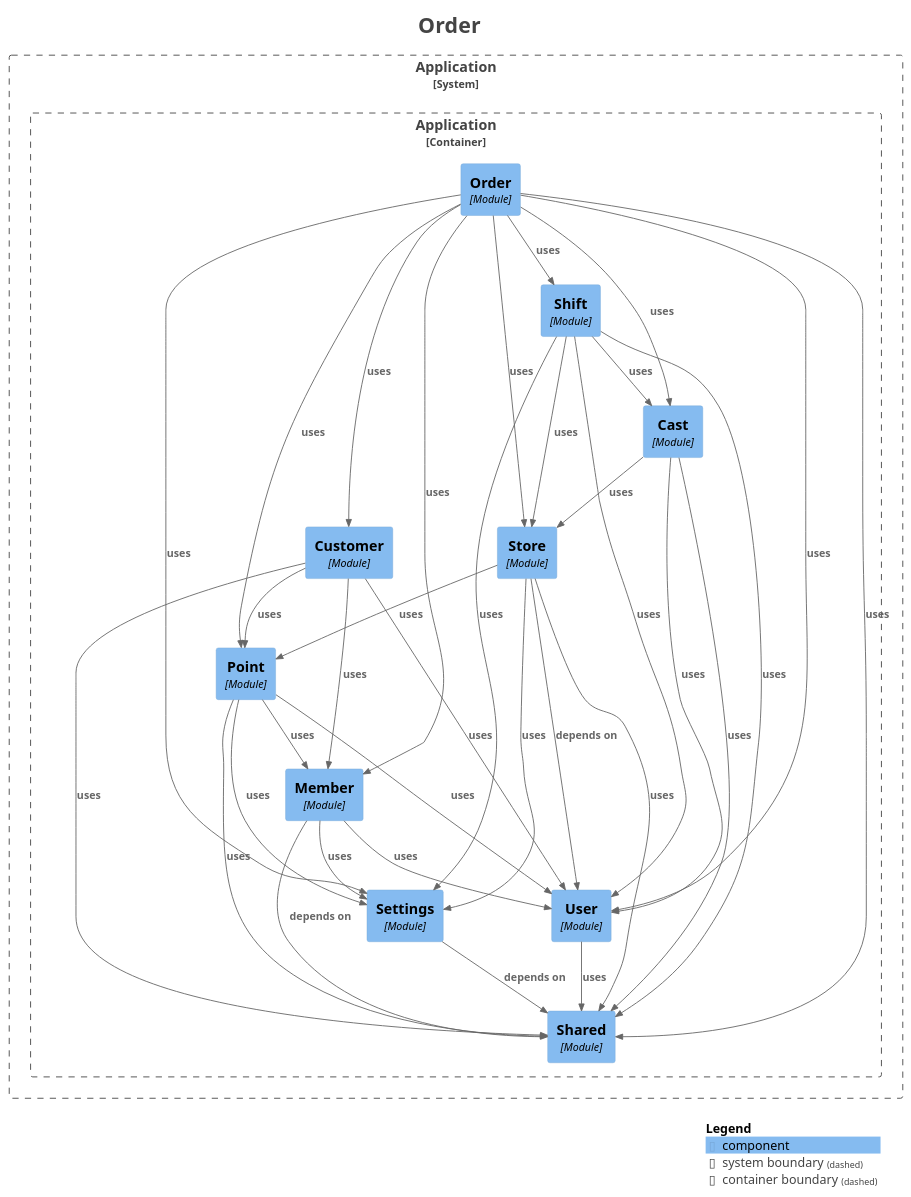
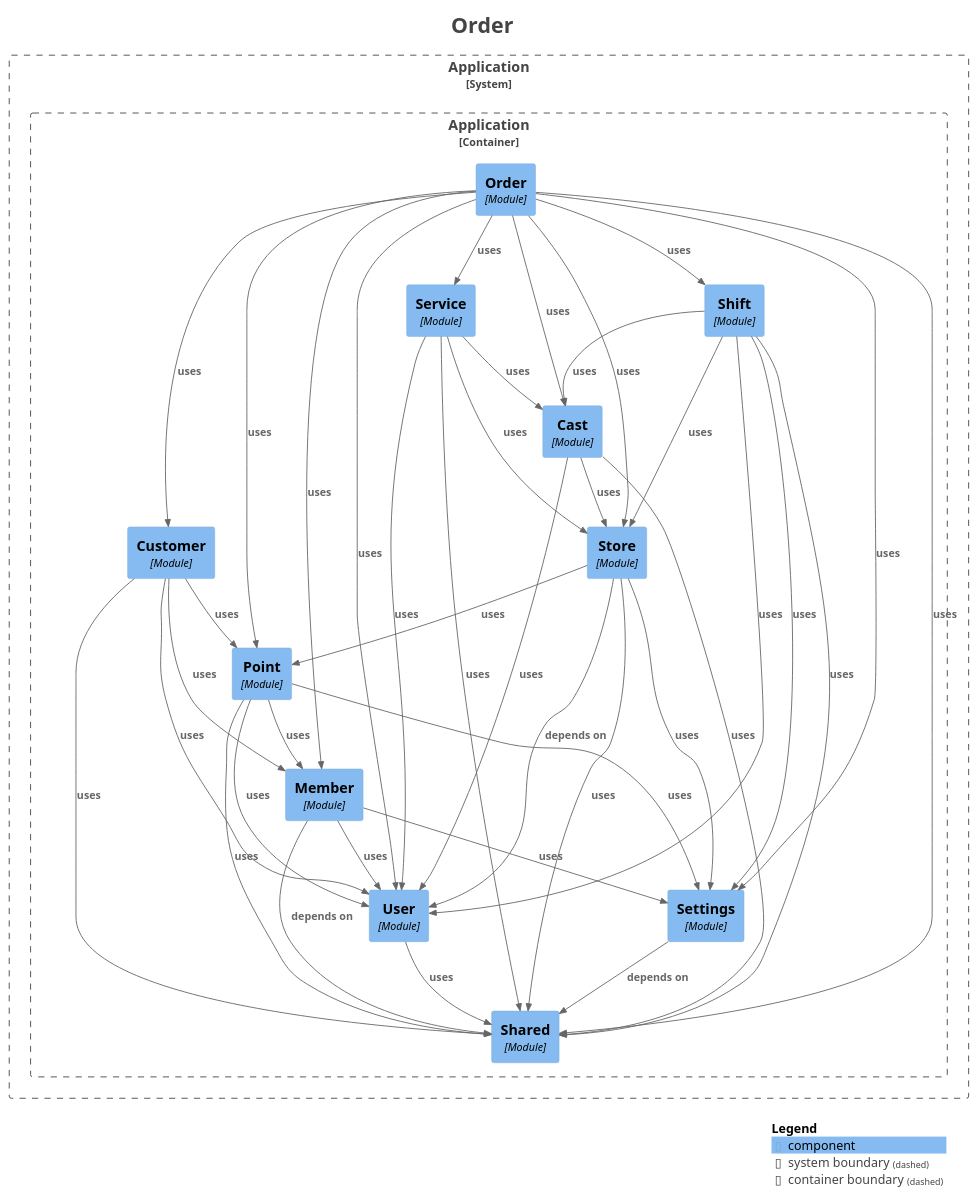
One commit to kanghouchao/Kizuna changed the diagram in backend/docs/modulith/module-order.puml. Above: the diagram before and after it, drawn with PlantUML. The commit also changed 106 other files, not shown here.

```diff
--- a/backend/docs/modulith/module-order.puml
+++ b/backend/docs/modulith/module-order.puml
@@ -1,71 +1,77 @@
 @startuml
 title <size:24>Order</size>
 
 set separator none
 top to bottom direction
 
 <style>
   root {
     BackgroundColor: #ffffff
     FontColor: #444444
   }
 </style>
 
 !include <C4/C4>
 !include <C4/C4_Context>
 !include <C4/C4_Component>
 
 System_Boundary("Application_boundary", "Application", $tags="") {
   Container_Boundary("Application.Application_boundary", "Application", $tags="") {
     Component(Application.Application.Point, "Point", $techn="Module", $descr="", $tags="", $link="")
     Component(Application.Application.Customer, "Customer", $techn="Module", $descr="", $tags="", $link="")
     Component(Application.Application.Store, "Store", $techn="Module", $descr="", $tags="", $link="")
     Component(Application.Application.Cast, "Cast", $techn="Module", $descr="", $tags="", $link="")
+    Component(Application.Application.Service, "Service", $techn="Module", $descr="", $tags="", $link="")
     Component(Application.Application.Shift, "Shift", $techn="Module", $descr="", $tags="", $link="")
     Component(Application.Application.Order, "Order", $techn="Module", $descr="", $tags="", $link="")
     Component(Application.Application.Shared, "Shared", $techn="Module", $descr="", $tags="", $link="")
     Component(Application.Application.Settings, "Settings", $techn="Module", $descr="", $tags="", $link="")
     Component(Application.Application.User, "User", $techn="Module", $descr="", $tags="", $link="")
     Component(Application.Application.Member, "Member", $techn="Module", $descr="", $tags="", $link="")
   }
 
 }
 
 Rel(Application.Application.Customer, Application.Application.Member, "uses", $techn="", $tags="", $link="")
 Rel(Application.Application.Customer, Application.Application.User, "uses", $techn="", $tags="", $link="")
 Rel(Application.Application.Customer, Application.Application.Shared, "uses", $techn="", $tags="", $link="")
 Rel(Application.Application.Customer, Application.Application.Point, "uses", $techn="", $tags="", $link="")
 Rel(Application.Application.Cast, Application.Application.User, "uses", $techn="", $tags="", $link="")
 Rel(Application.Application.Cast, Application.Application.Store, "uses", $techn="", $tags="", $link="")
 Rel(Application.Application.Cast, Application.Application.Shared, "uses", $techn="", $tags="", $link="")
 Rel(Application.Application.Order, Application.Application.Shared, "uses", $techn="", $tags="", $link="")
 Rel(Application.Application.Order, Application.Application.Point, "uses", $techn="", $tags="", $link="")
 Rel(Application.Application.Order, Application.Application.Member, "uses", $techn="", $tags="", $link="")
 Rel(Application.Application.Order, Application.Application.User, "uses", $techn="", $tags="", $link="")
 Rel(Application.Application.Order, Application.Application.Settings, "uses", $techn="", $tags="", $link="")
 Rel(Application.Application.Order, Application.Application.Cast, "uses", $techn="", $tags="", $link="")
 Rel(Application.Application.Order, Application.Application.Store, "uses", $techn="", $tags="", $link="")
 Rel(Application.Application.Order, Application.Application.Shift, "uses", $techn="", $tags="", $link="")
 Rel(Application.Application.Order, Application.Application.Customer, "uses", $techn="", $tags="", $link="")
 Rel(Application.Application.Shift, Application.Application.Settings, "uses", $techn="", $tags="", $link="")
 Rel(Application.Application.Shift, Application.Application.Cast, "uses", $techn="", $tags="", $link="")
 Rel(Application.Application.Shift, Application.Application.User, "uses", $techn="", $tags="", $link="")
 Rel(Application.Application.Shift, Application.Application.Store, "uses", $techn="", $tags="", $link="")
 Rel(Application.Application.Shift, Application.Application.Shared, "uses", $techn="", $tags="", $link="")
 Rel(Application.Application.Point, Application.Application.Shared, "uses", $techn="", $tags="", $link="")
 Rel(Application.Application.Point, Application.Application.User, "uses", $techn="", $tags="", $link="")
 Rel(Application.Application.Point, Application.Application.Member, "uses", $techn="", $tags="", $link="")
 Rel(Application.Application.Point, Application.Application.Settings, "uses", $techn="", $tags="", $link="")
 Rel(Application.Application.Store, Application.Application.User, "depends on", $techn="", $tags="", $link="")
 Rel(Application.Application.Store, Application.Application.Point, "uses", $techn="", $tags="", $link="")
 Rel(Application.Application.Store, Application.Application.Settings, "uses", $techn="", $tags="", $link="")
 Rel(Application.Application.Store, Application.Application.Shared, "uses", $techn="", $tags="", $link="")
 Rel(Application.Application.Settings, Application.Application.Shared, "depends on", $techn="", $tags="", $link="")
 Rel(Application.Application.User, Application.Application.Shared, "uses", $techn="", $tags="", $link="")
 Rel(Application.Application.Member, Application.Application.Shared, "depends on", $techn="", $tags="", $link="")
 Rel(Application.Application.Member, Application.Application.Settings, "uses", $techn="", $tags="", $link="")
 Rel(Application.Application.Member, Application.Application.User, "uses", $techn="", $tags="", $link="")
+Rel(Application.Application.Order, Application.Application.Service, "uses", $techn="", $tags="", $link="")
+Rel(Application.Application.Service, Application.Application.Shared, "uses", $techn="", $tags="", $link="")
+Rel(Application.Application.Service, Application.Application.Cast, "uses", $techn="", $tags="", $link="")
+Rel(Application.Application.Service, Application.Application.User, "uses", $techn="", $tags="", $link="")
+Rel(Application.Application.Service, Application.Application.Store, "uses", $techn="", $tags="", $link="")
 
 SHOW_LEGEND(true)
 hide stereotypes
 @enduml
```
